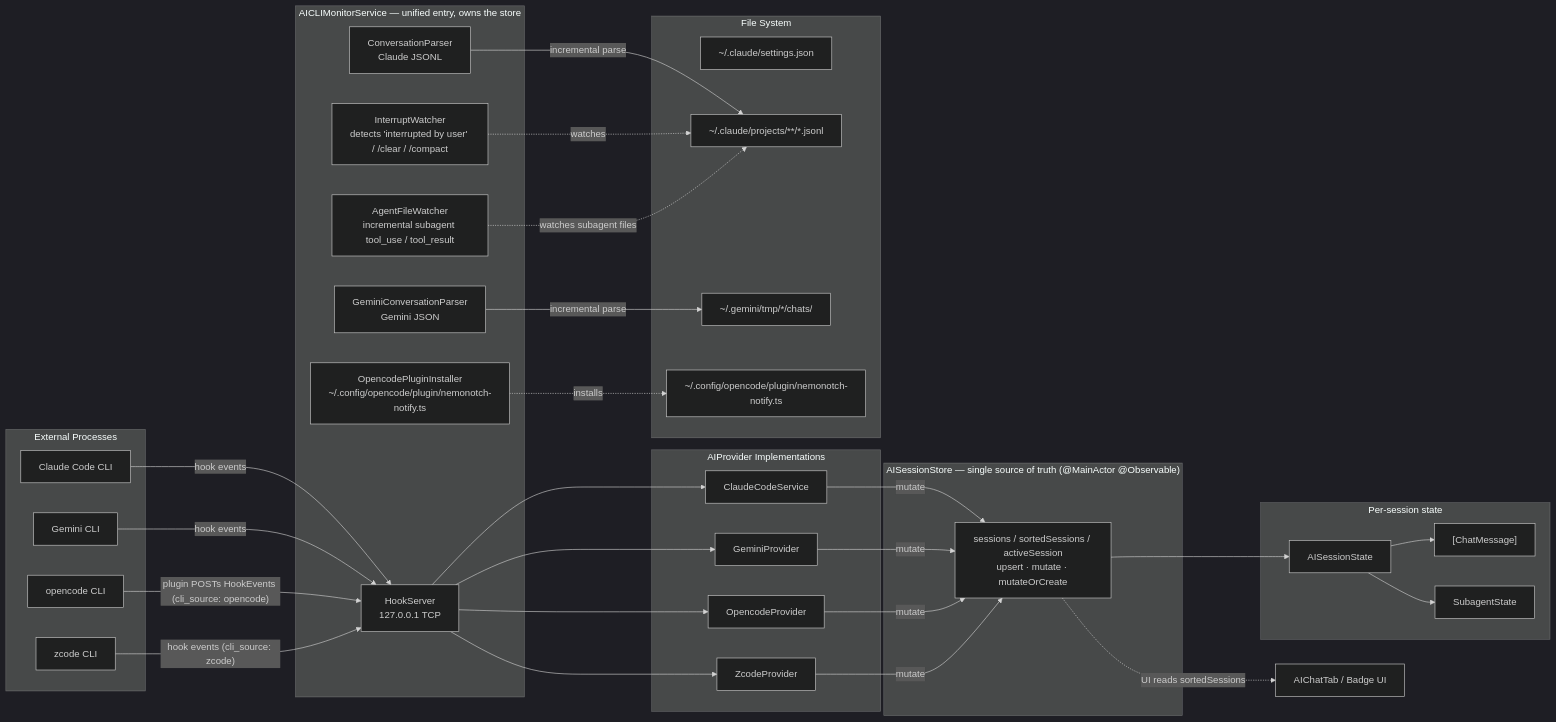
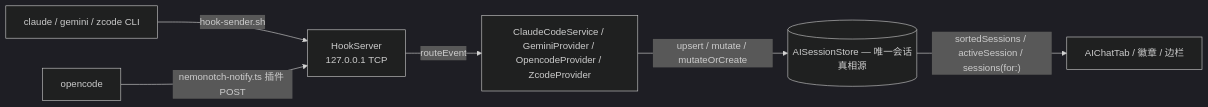
The diagram in AGENTS.md (GaoZimeng0425/NemoNotch), drawn with Mermaid (dark theme) before and after one commit. The commit also changed other lines of this file, not shown here.

````diff
--- a/AGENTS.md
+++ b/AGENTS.md
@@ -117,66 +66,8 @@
 ```mermaid
 graph LR
-    subgraph External["External Processes"]
-        CC["Claude Code CLI"]
-        GC["Gemini CLI"]
-        OC["opencode CLI"]
-        ZC["zcode CLI"]
-    end
-
-    subgraph Monitor["AICLIMonitorService — unified entry, owns the store"]
-        HS["HookServer<br/>127.0.0.1 TCP"]
-        CP["ConversationParser<br/>Claude JSONL"]
-        GCP["GeminiConversationParser<br/>Gemini JSON"]
-        IW["InterruptWatcher<br/>detects 'interrupted by user' / /clear / /compact"]
-        AFW["AgentFileWatcher<br/>incremental subagent tool_use / tool_result"]
-        OPI["OpencodePluginInstaller<br/>~/.config/opencode/plugin/nemonotch-notify.ts"]
-    end
-
-    subgraph Providers["AIProvider Implementations"]
-        CLS["ClaudeCodeService"]
-        GPR["GeminiProvider"]
-        OPR["OpencodeProvider"]
-        ZPR["ZcodeProvider"]
-    end
-
-    subgraph Store["AISessionStore — single source of truth (@MainActor @Observable)"]
-        ST["sessions / sortedSessions / activeSession<br/>upsert · mutate · mutateOrCreate"]
-    end
-
-    subgraph Data["Per-session state"]
-        AIS["AISessionState"]
-        MSG["[ChatMessage]"]
-        SA["SubagentState"]
-    end
-
-    subgraph Files["File System"]
-        S["~/.claude/settings.json"]
-        CJ["~/.claude/projects/**/*.jsonl"]
-        GJ["~/.gemini/tmp/*/chats/"]
-        OP["~/.config/opencode/plugin/nemonotch-notify.ts"]
-    end
-
-    UI["AIChatTab / Badge UI"]
-
-    CC -->|"hook events"| HS
-    GC -->|"hook events"| HS
-    OC -->|"plugin POSTs HookEvents (cli_source: opencode)"| HS
-    ZC -->|"hook events (cli_source: zcode)"| HS
-    HS --> CLS
-    HS --> GPR
-    HS --> OPR
-    HS --> ZPR
-    CP -->|"incremental parse"| CJ
-    GCP -->|"incremental parse"| GJ
-    IW -.->|"watches"| CJ
-    AFW -.->|"watches subagent files"| CJ
-    OPI -.->|"installs"| OP
-    CLS -->|"mutate"| ST
-    GPR -->|"mutate"| ST
-    OPR -->|"mutate"| ST
-    ZPR -->|"mutate"| ST
-    ST --> AIS
-    AIS --> MSG
-    AIS --> SA
-    ST -.->|"UI reads sortedSessions"| UI
+    CC["claude / gemini / zcode CLI"] -->|"hook-sender.sh"| HS["HookServer<br/>127.0.0.1 TCP"]
+    OC["opencode"] -->|"nemonotch-notify.ts 插件 POST"| HS
+    HS -->|"routeEvent"| PR["ClaudeCodeService / GeminiProvider / OpencodeProvider / ZcodeProvider"]
+    PR -->|"upsert / mutate / mutateOrCreate"| ST[("AISessionStore — 唯一会话真相源")]
+    ST -->|"sortedSessions / activeSession / sessions(for:)"| UI["AIChatTab / 徽章 / 边栏"]
 ```
````
